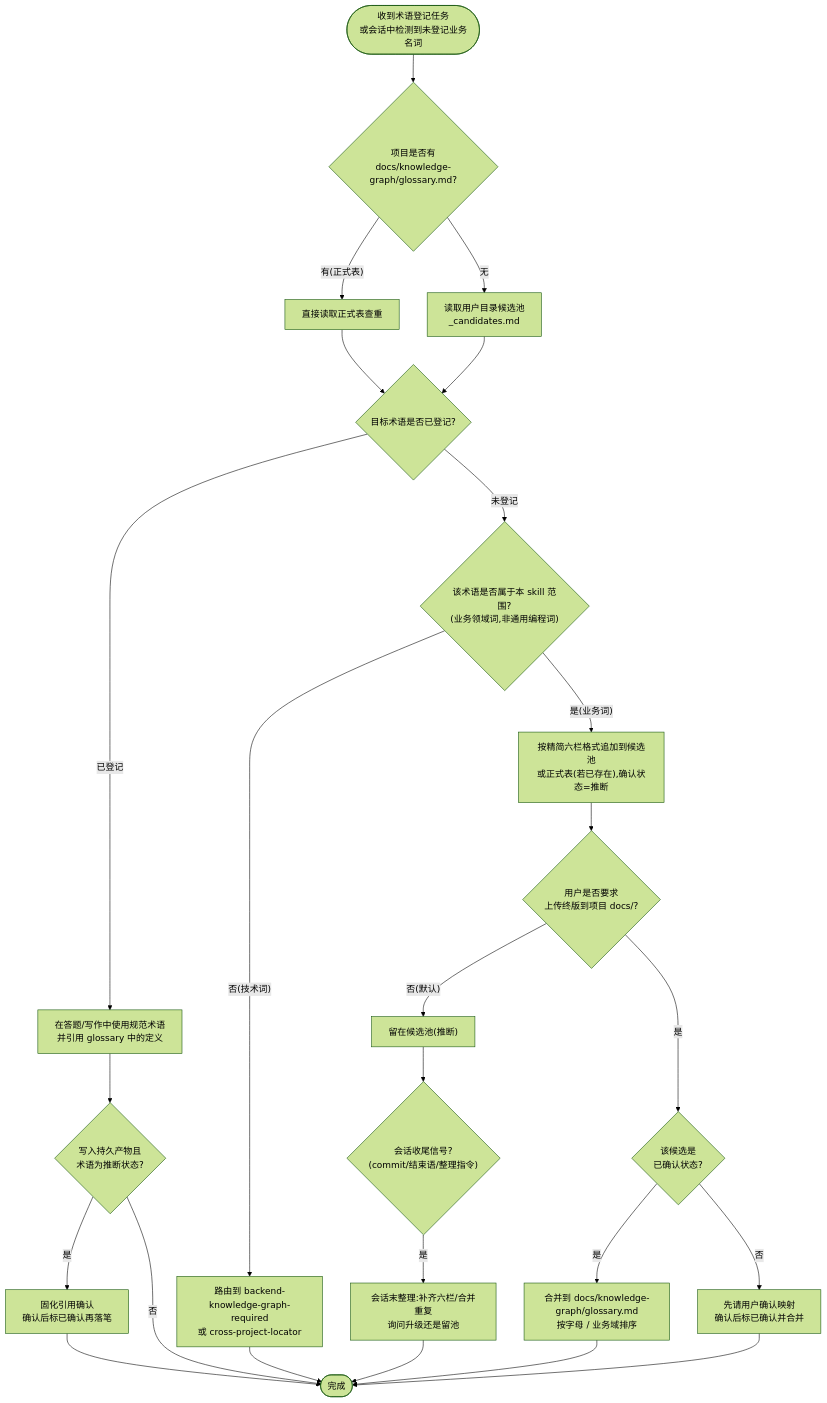
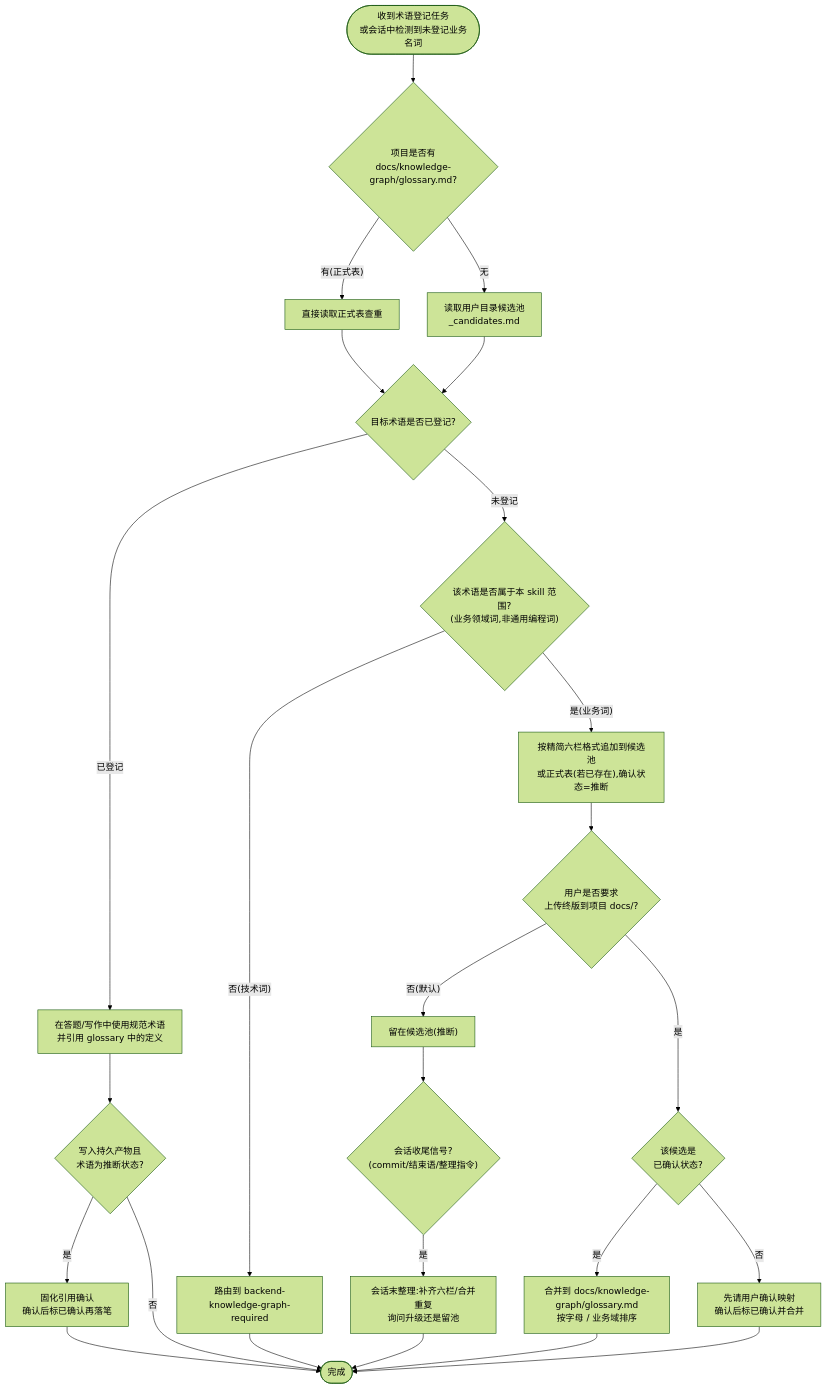
Before and after one commit to zenghui6/myskill: the diagram in glossary-required/SKILL.md, drawn with Mermaid (forest theme). The commit also changed other lines of this file and 8 other files, not shown here.

First line of the commit message:
refactor(skills): 移除 cross-project-locator 引用并新增反向索引冷启动脚本

````diff
--- a/glossary-required/SKILL.md
+++ b/glossary-required/SKILL.md
@@ -142,27 +140,27 @@
 ```mermaid
 flowchart TD
     A(["收到术语登记任务\n或会话中检测到未登记业务名词"]) --> B{"项目是否有\ndocs/knowledge-graph/glossary.md?"}
     B -- "有(正式表)" --> C["直接读取正式表查重"]
     B -- "无" --> D["读取用户目录候选池\n_candidates.md"]
     C --> E{"目标术语是否已登记?"}
     D --> E
     E -- "已登记" --> F["在答题/写作中使用规范术语\n并引用 glossary 中的定义"]
     E -- "未登记" --> G{"该术语是否属于本 skill 范围?\n(业务领域词,非通用编程词)"}
-    G -- "否(技术词)" --> H["路由到 backend-knowledge-graph-required\n或 cross-project-locator"]
+    G -- "否(技术词)" --> H["路由到 backend-knowledge-graph-required"]
     G -- "是(业务词)" --> I["按精简六栏格式追加到候选池\n或正式表(若已存在),确认状态=推断"]
     I --> J{"用户是否要求\n上传终版到项目 docs/?"}
     J -- "否(默认)" --> K["留在候选池(推断)"]
     J -- "是" --> L{"该候选是\n已确认状态?"}
     L -- "是" --> M["合并到 docs/knowledge-graph/glossary.md\n按字母 / 业务域排序"]
     L -- "否" --> N["先请用户确认映射\n确认后标已确认并合并"]
     K --> O{"会话收尾信号?\n(commit/结束语/整理指令)"}
     O -- "是" --> P["会话末整理:补齐六栏/合并重复\n询问升级还是留池"]
     F --> Q{"写入持久产物且\n术语为推断状态?"}
     Q -- "是" --> R["固化引用确认\n确认后标已确认再落笔"]
     Q -- "否" --> Z(["完成"])
     M --> Z
     N --> Z
     P --> Z
     R --> Z
     H --> Z
 ```
````
